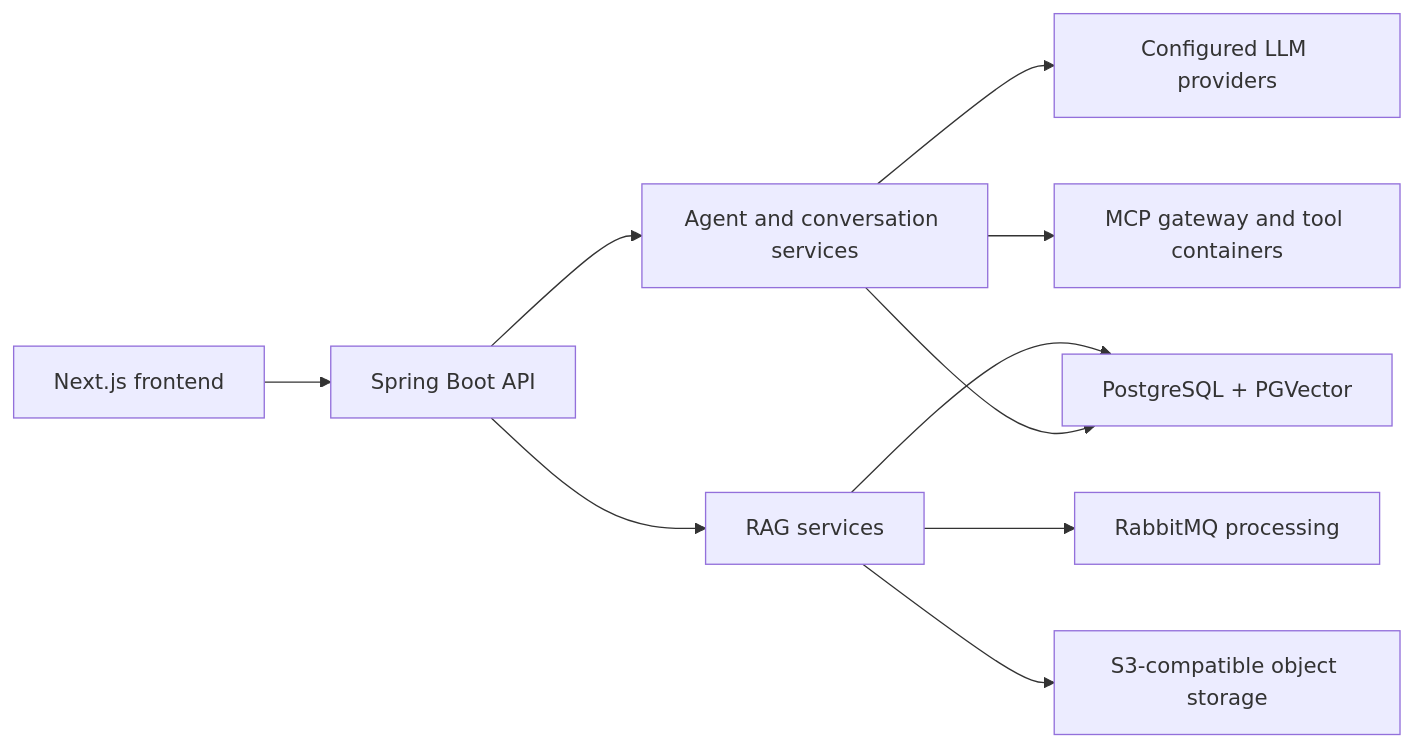
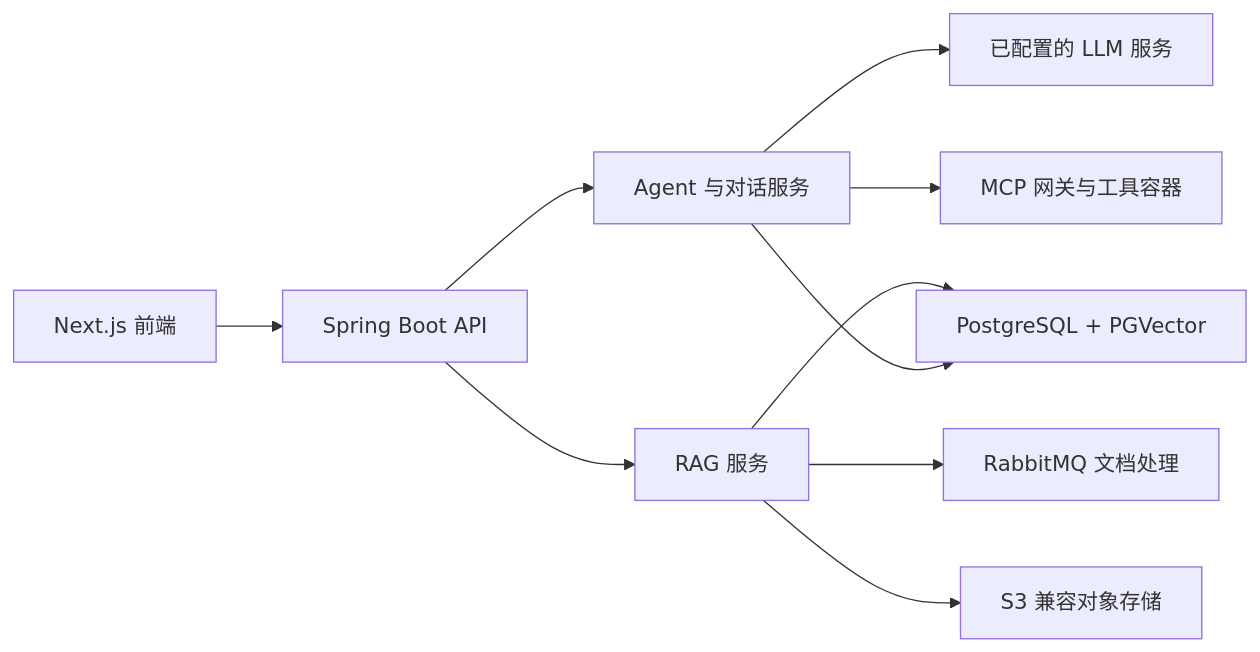
Before and after one commit to NEDONION/rag-agent-platform: the diagram in README.md, drawn with Mermaid. The commit also changed other lines of this file and 2 other files, not shown here.

````diff
--- a/README.md
+++ b/README.md
@@ -92,12 +132,12 @@
 ```mermaid
 flowchart LR
-    Browser["Next.js frontend"] --> API["Spring Boot API"]
-    API --> Agent["Agent and conversation services"]
-    API --> RAG["RAG services"]
-    Agent --> LLM["Configured LLM providers"]
-    Agent --> MCP["MCP gateway and tool containers"]
-    RAG --> Queue["RabbitMQ processing"]
+    Browser["Next.js 前端"] --> API["Spring Boot API"]
+    API --> Agent["Agent 与对话服务"]
+    API --> RAG["RAG 服务"]
+    Agent --> LLM["已配置的 LLM 服务"]
+    Agent --> MCP["MCP 网关与工具容器"]
+    RAG --> Queue["RabbitMQ 文档处理"]
     RAG --> Data["PostgreSQL + PGVector"]
-    RAG --> Storage["S3-compatible object storage"]
+    RAG --> Storage["S3 兼容对象存储"]
     Agent --> Data
 ```
````
